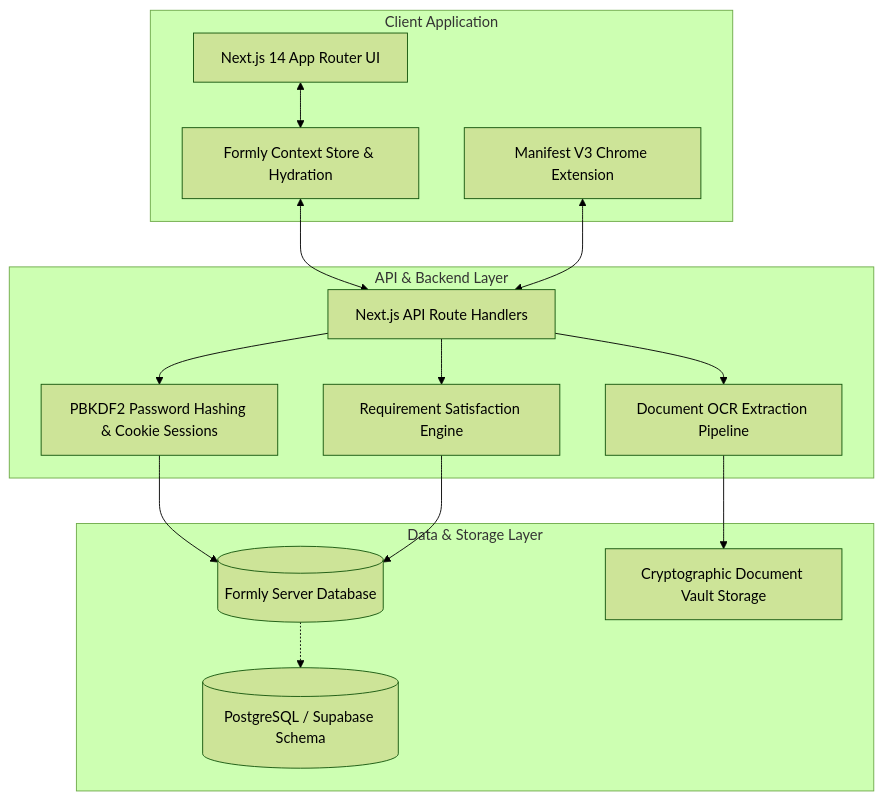
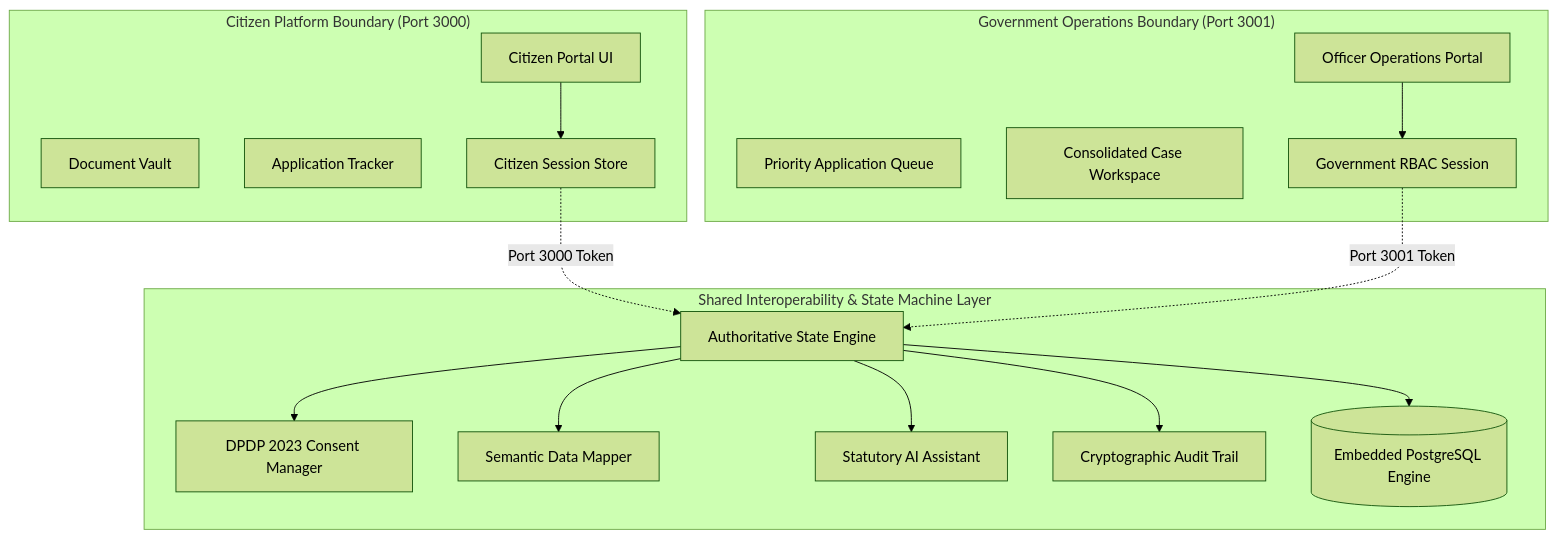
Before and after one commit to SaiSankeerth-dev/Formly: the diagram in README.md, drawn with Mermaid (forest theme). The commit also changed other lines of this file and 1 other file, not shown here.

Commit message:
docs: enrich senior architecture guide, DPDP Act compliance, test credentials & dual-platform run commands

````diff
--- a/README.md
+++ b/README.md
@@ -71,32 +64,35 @@
 ```mermaid
-flowchart TD
-    subgraph Client Application
-        UI[Next.js 14 App Router UI]
-        STORE[Formly Context Store & Hydration]
-        EXT[Manifest V3 Chrome Extension]
+flowchart TB
+    subgraph CITIZEN_BOUNDARY ["Citizen Platform Boundary (Port 3000)"]
+        CP[Citizen Portal UI]
+        CV[Document Vault]
+        CT[Application Tracker]
+        CS[Citizen Session Store]
     end
 
-    subgraph API & Backend Layer
-        API[Next.js API Route Handlers]
-        AUTH[PBKDF2 Password Hashing & Cookie Sessions]
-        OCR[Document OCR Extraction Pipeline]
-        MATCHER[Requirement Satisfaction Engine]
+    subgraph GOV_BOUNDARY ["Government Operations Boundary (Port 3001)"]
+        GP[Officer Operations Portal]
+        GQ[Priority Application Queue]
+        GW[Consolidated Case Workspace]
+        GS[Government RBAC Session]
     end
 
-    subgraph Data & Storage Layer
-        DB[(Formly Server Database)]
-        PG[(PostgreSQL / Supabase Schema)]
-        VAULT[Cryptographic Document Vault Storage]
+    subgraph INTEROP_LAYER ["Shared Interoperability & State Machine Layer"]
+        AUTH[Authoritative State Engine]
+        CONSENT[DPDP 2023 Consent Manager]
+        MAPPER[Semantic Data Mapper]
+        AI[Statutory AI Assistant]
+        AUDIT[Cryptographic Audit Trail]
+        DB[(Embedded PostgreSQL Engine)]
     end
 
-    UI <--> STORE
-    STORE <--> API
-    EXT <--> API
-    API --> AUTH
-    API --> OCR
-    API --> MATCHER
+    CP --> CS
+    GP --> GS
+    CS -.->|Port 3000 Token| AUTH
+    GS -.->|Port 3001 Token| AUTH
+    AUTH --> CONSENT
+    AUTH --> MAPPER
+    AUTH --> AI
+    AUTH --> AUDIT
     AUTH --> DB
-    MATCHER --> DB
-    OCR --> VAULT
-    DB -.-> PG
 ```
````
